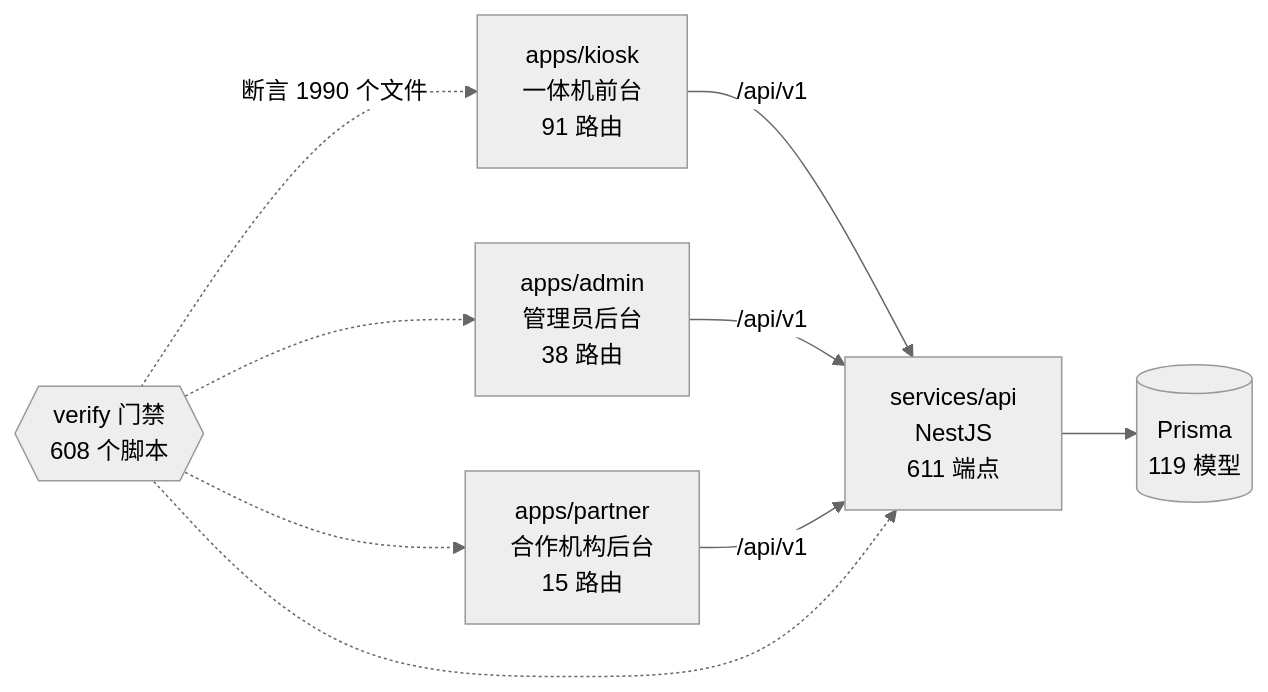
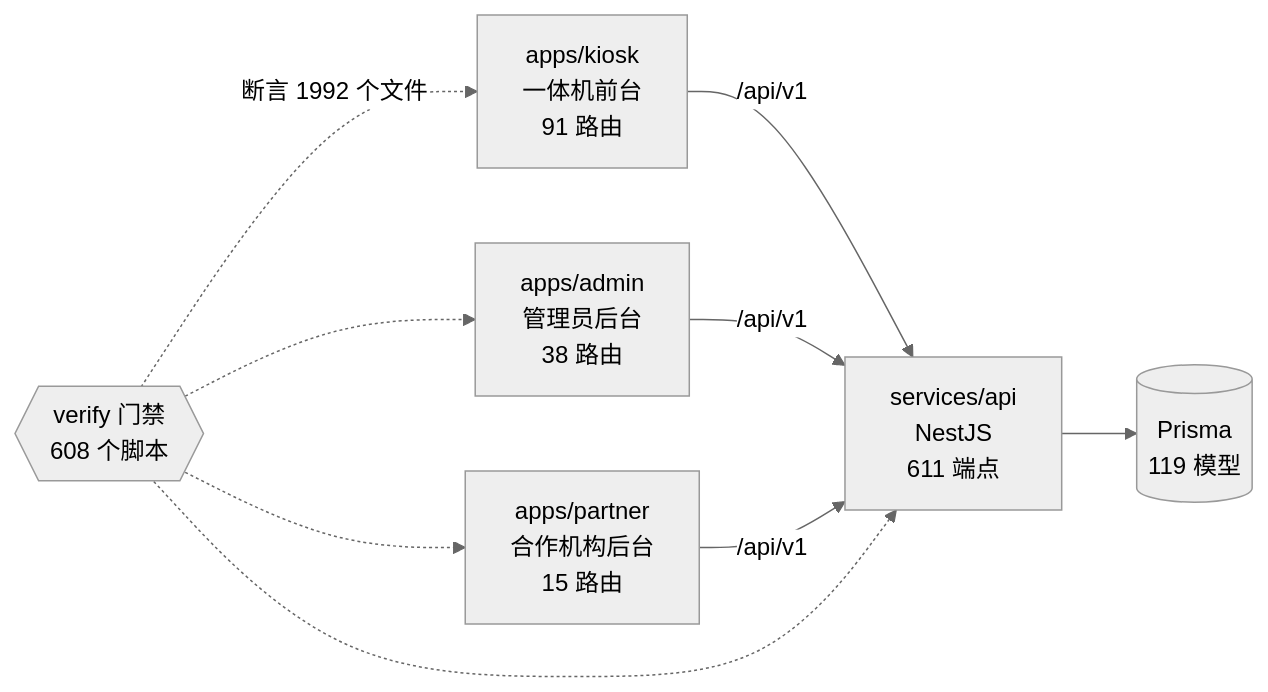
Before and after one commit to wanglei581/YITIJI: the diagram in docs/graph/README.md, drawn with Mermaid (neutral theme). The commit also changed other lines of this file and 2 other files, not shown here.

Commit message:
chore(graph): 简历导出这一段补上项目图谱
导出前告知会印人工智能标识的门禁新引用了核对页和编辑样式，此前没进图谱。

````diff
--- a/docs/graph/README.md
+++ b/docs/graph/README.md
@@ -68,18 +68,18 @@
 ```mermaid
 flowchart LR
   kiosk["apps/kiosk<br/>一体机前台<br/>91 路由"]
   admin["apps/admin<br/>管理员后台<br/>38 路由"]
   partner["apps/partner<br/>合作机构后台<br/>15 路由"]
   api["services/api<br/>NestJS<br/>611 端点"]
   db[("Prisma<br/>119 模型")]
   gates{{"verify 门禁<br/>608 个脚本"}}
 
   kiosk -->|"/api/v1"| api
   admin -->|"/api/v1"| api
   partner -->|"/api/v1"| api
   api --> db
-  gates -.->|"断言 1990 个文件"| kiosk
+  gates -.->|"断言 1992 个文件"| kiosk
   gates -.-> admin
   gates -.-> partner
   gates -.-> api
 ```
````
